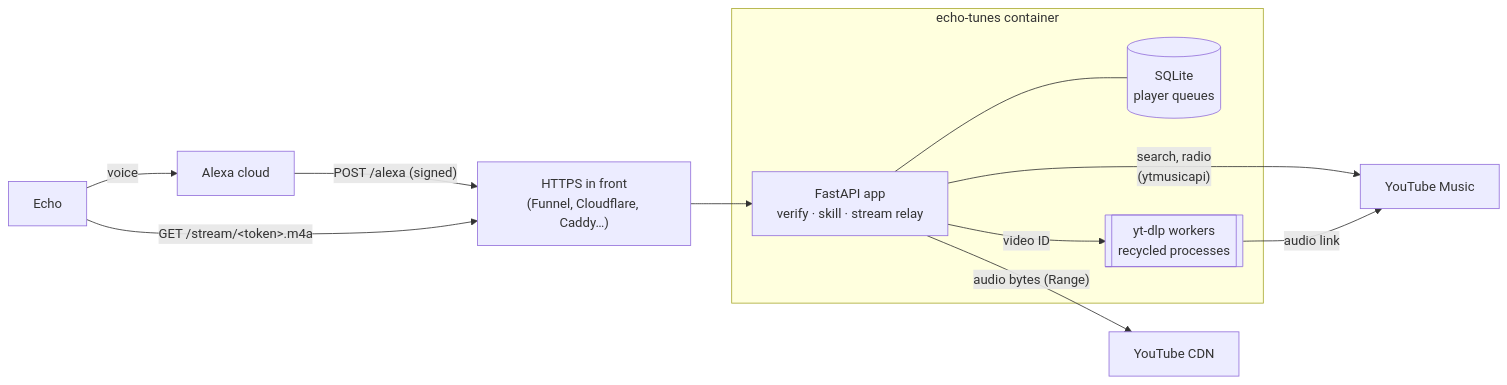
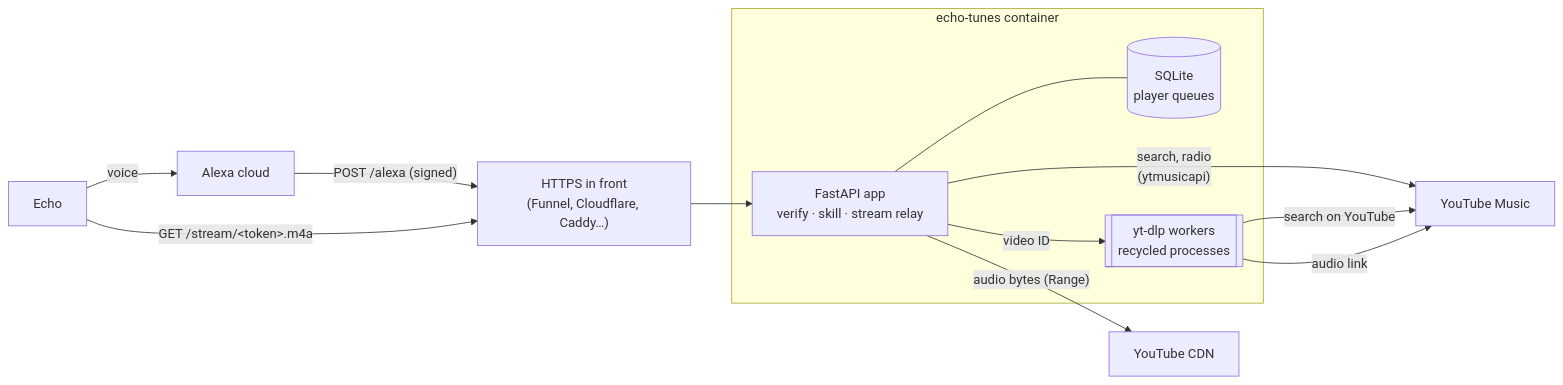
The diagram in docs/ARCHITECTURE.md (denzilrdz/echo-tunes), drawn with Mermaid before and after one commit. The commit also changed other lines of this file and 39 other files, not shown here.

First line of the commit message:
feat: play anything on YouTube, not just YouTube Music

````diff
--- a/docs/ARCHITECTURE.md
+++ b/docs/ARCHITECTURE.md
@@ -3,19 +3,20 @@
 ```mermaid
 flowchart LR
     Echo[Echo] -- voice --> Alexa[Alexa cloud]
     Alexa -- "POST /alexa (signed)" --> Proxy
     Echo -- "GET /stream/&lt;token&gt;.m4a" --> Proxy
     Proxy["HTTPS in front<br/>(Funnel, Cloudflare, Caddy…)"] --> App
 
     subgraph Container[echo-tunes container]
         App[FastAPI app<br/>verify · skill · stream relay]
         Store[(SQLite<br/>player queues)]
         Workers[[yt-dlp workers<br/>recycled processes]]
         App --- Store
         App -- "video ID" --> Workers
     end
 
     App -- "search, radio<br/>(ytmusicapi)" --> YTM[YouTube Music]
+    Workers -- "search on YouTube" --> YTM
     Workers -- "audio link" --> YTM
     App -- "audio bytes (Range)" --> CDN[YouTube CDN]
 ```
````
